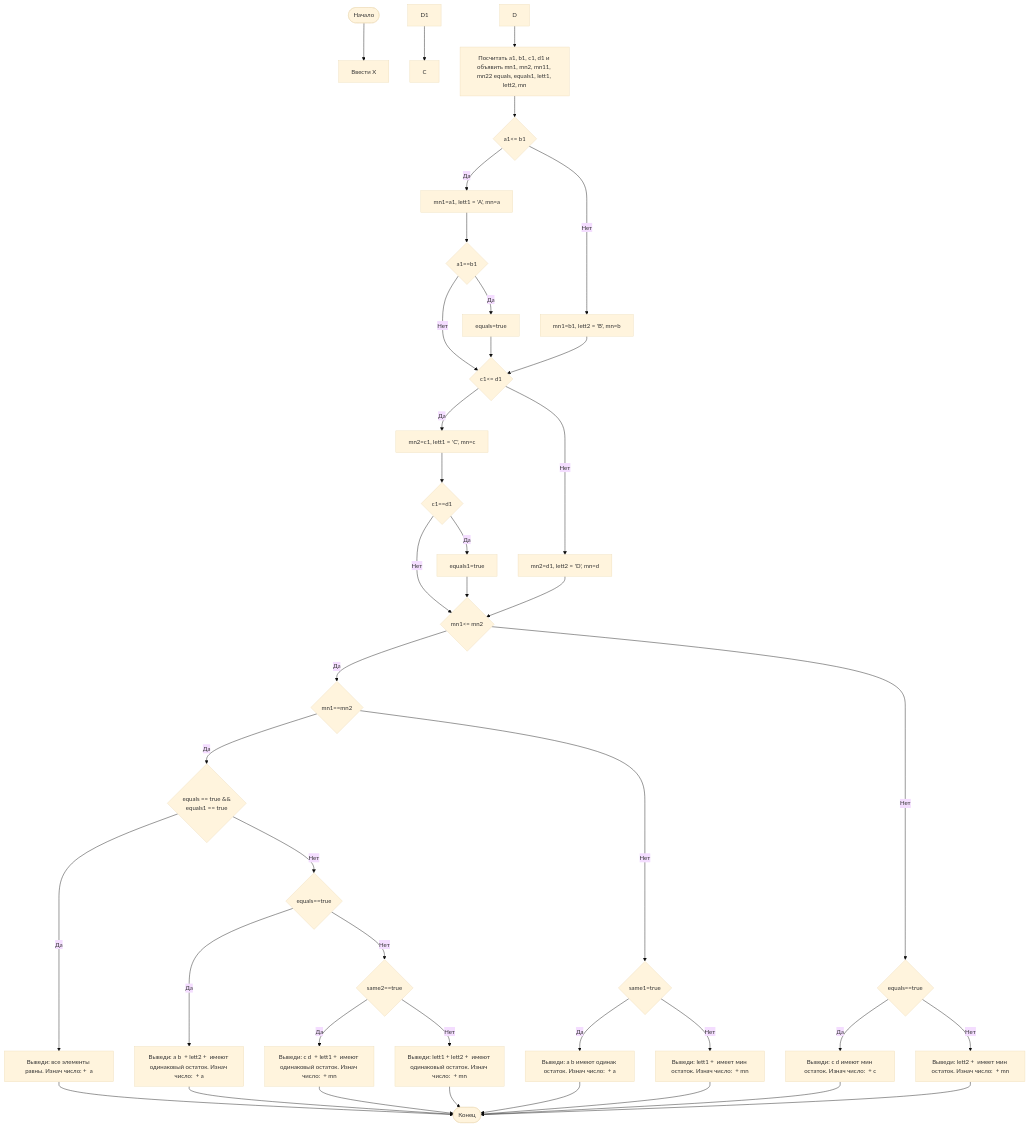
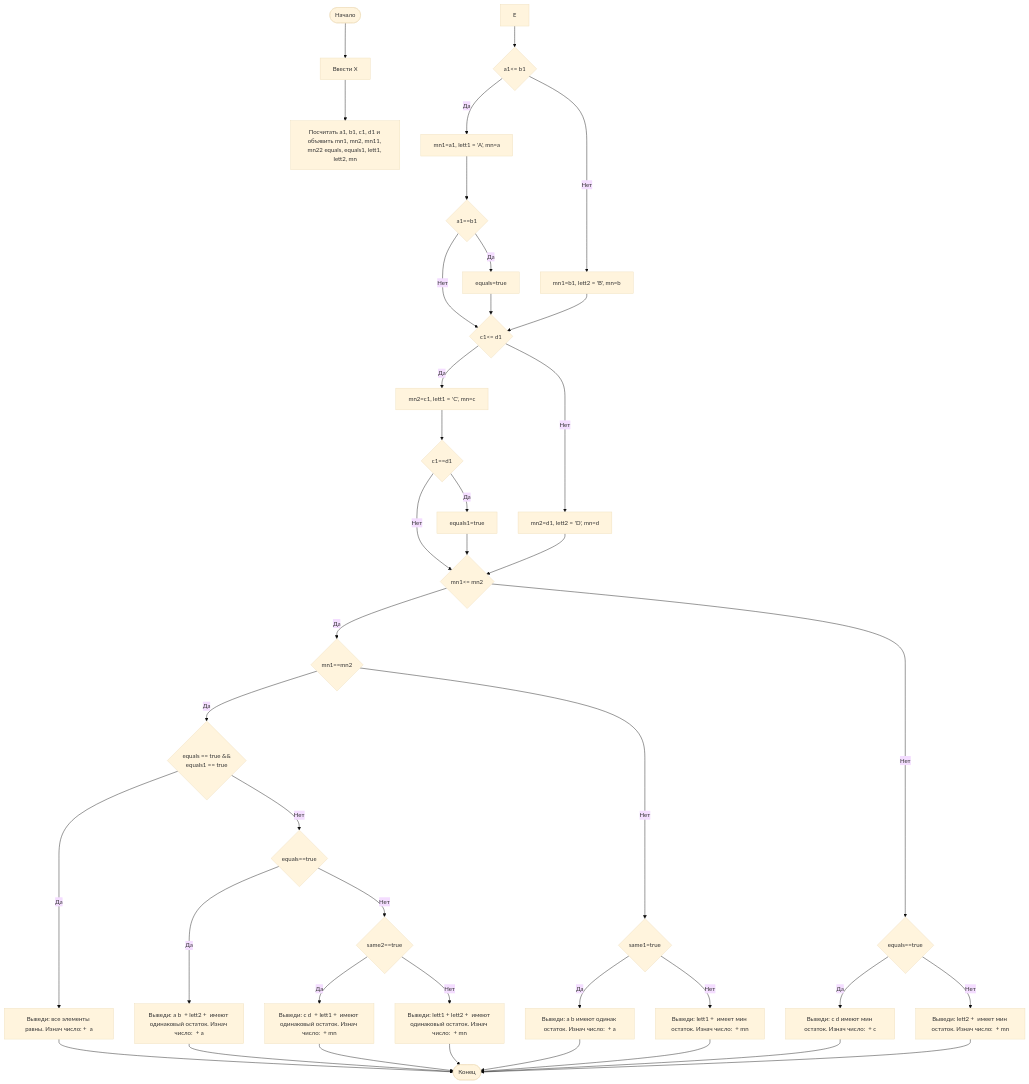
One commit to vadimrahma123/Lab1 changed the diagram in README.md. Above: the diagram before and after it, drawn with Mermaid.

````diff
--- a/README.md
+++ b/README.md
@@ -96,53 +96,52 @@
 ```mermaid
 %%{
   init: {
     'theme': 'base', 
      'themeVariables': {
         'fontSize': '90%'
       }
      }
 }%%
 
 
 graph TD
  A([Начало]) --> B[Ввести X]
- D1 --> C
- D --> E[Посчитать a1, b1, c1, d1 и объявить mn1, mn2, mn11, mn22 equals, equals1, lett1, lett2, mn]
+ B --> C[Посчитать a1, b1, c1, d1 и объявить mn1, mn2, mn11, mn22 equals, equals1, lett1, lett2, mn]
  E --> F{a1<= b1}
  F -- "Да" --> F3[mn1=a1,  lett1 = 'A', mn=a]
  F -- "Нет" --> F4[mn1=b1, lett2 = 'B', mn=b]
  F3 --> F1{a1==b1}
  F1 -- "Да" --> F2[equals=true]
  F1 -- "Нет" --> G{с1<= d1}
  F2 --> G
  F4 --> G
  G -- "Да" --> G3[mn2=c1, lett1 = 'C', mn=c]
  G -- "Нет" --> G4[mn2=d1, lett2 = 'D', mn=d]
  G3 --> G1{c1==d1}
  G1 -- "Да" --> G2[equals1=true]
  G1 -- "Нет" --> K{mn1<= mn2}
  G2 --> K
  G4 --> K
  K -- "Да" --> K1{mn1==mn2}
  K1 -- "Да" --> K2{equals == true && </br> equals1 == true}
  K2 -- "Да" --> P1[Выведи: все элементы равны. Изнач число: +  a]
  K2 -- "Нет" --> K4{equals==true}
  K4 -- "Да" --> P2[Выведи: a b  + lett2 +  имеют одинаковый остаток. Изнач число:  + a]
  K4 -- "Нет" --> K5{same2==true}
  K5 -- "Да" --> P3[Выведи: c d  + lett1 +  имеют одинаковый остаток. Изнач число:  + mn]
  K5 -- "Нет" --> P4[Выведи: lett1 + lett2 +  имеют одинаковый остаток. Изнач число:  + mn]
  K1 -- "Нет" --> K7{same1=true}
  K7 -- "Да" --> P7[Выведи: a b имеют одинак остаток. Изнач число:  + a]
  K7 -- "Нет" --> P8[Выведи: lett1 +  имеет мин остаток. Изнач число:  + mn]
  K -- "Нет" --> K9{equals==true}
  K9 -- "Да" --> P9[Выведи: c d имеют мин остаток. Изнач число:  + c]
  K9 -- "Нет" --> P10[Выведи: lett2 +  имеет мин остаток. Изнач число:  + mn]
  P1 --> Z([Конец])
  P2 --> Z
  P3 --> Z
  P4 --> Z
  P7 --> Z
  P8 --> Z
  P9 --> Z
  P10 --> Z
 ```
````
